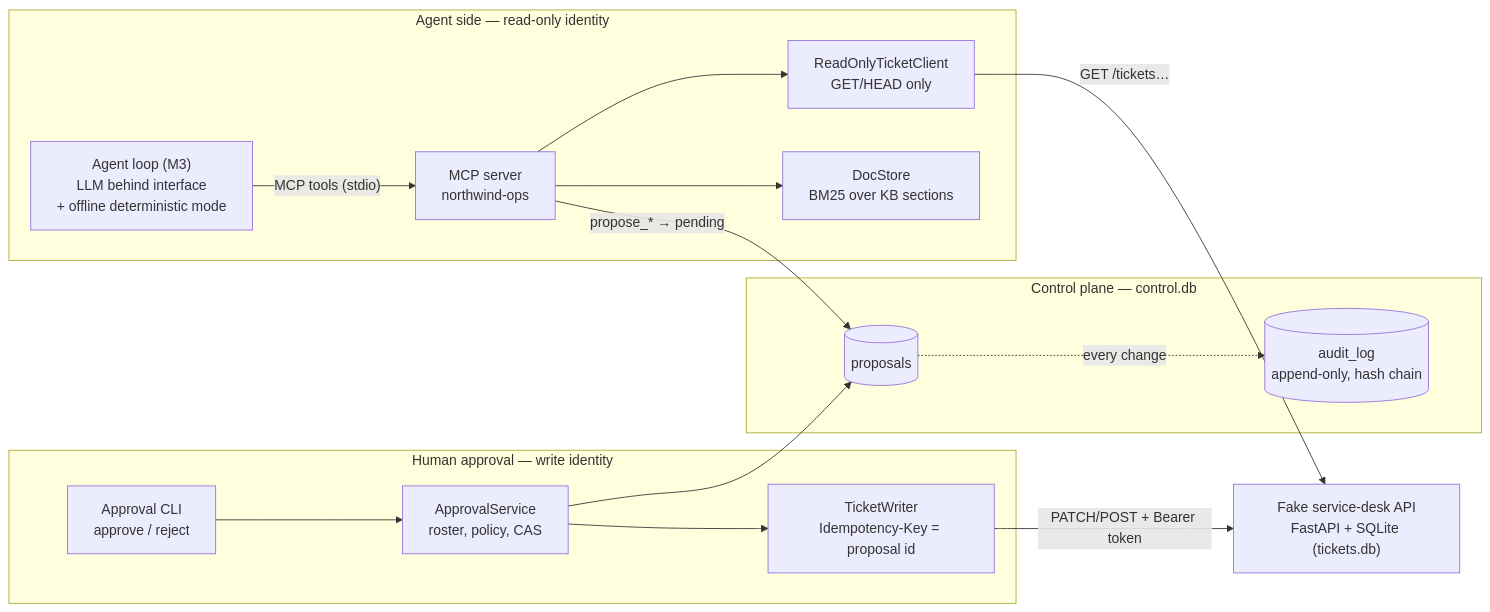
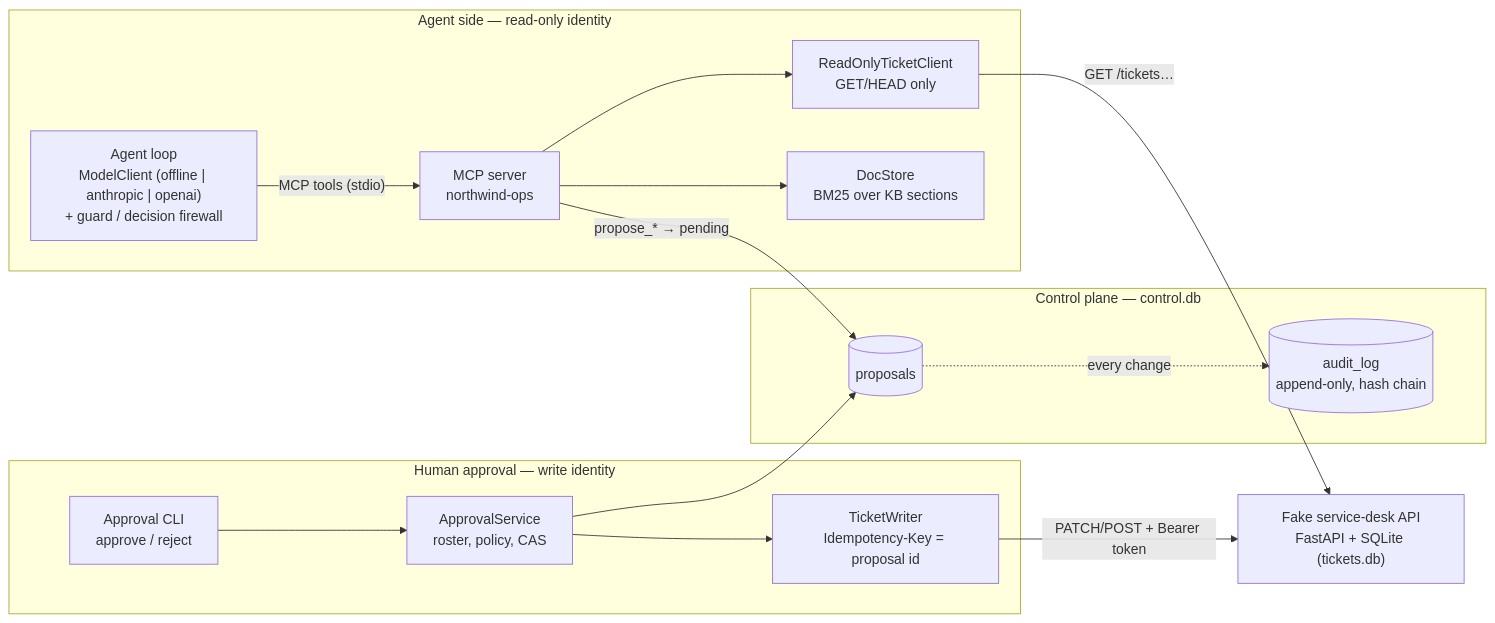
The first of 2 diagrams in docs/03-architecture.md (vinipinheiro42/ops-agent-mcp), drawn with Mermaid before and after one commit. The commit also changed other lines of this file and 14 other files, not shown here.

````diff
--- a/docs/03-architecture.md
+++ b/docs/03-architecture.md
@@ -8,27 +9,27 @@
 ```mermaid
 flowchart LR
   subgraph AgentSide["Agent side — read-only identity"]
-    LLM["Agent loop (M3)<br/>LLM behind interface<br/>+ offline deterministic mode"]
+    LLM["Agent loop<br/>ModelClient (offline | anthropic | openai)<br/>+ guard / decision firewall"]
     MCP["MCP server<br/>northwind-ops"]
     RO["ReadOnlyTicketClient<br/>GET/HEAD only"]
     KB["DocStore<br/>BM25 over KB sections"]
   end
   subgraph Control["Control plane — control.db"]
     PS[("proposals")]
     AL[("audit_log<br/>append-only, hash chain")]
   end
   subgraph HumanSide["Human approval — write identity"]
     CLI["Approval CLI<br/>approve / reject"]
     SVC["ApprovalService<br/>roster, policy, CAS"]
     W["TicketWriter<br/>Idempotency-Key = proposal id"]
   end
   API["Fake service-desk API<br/>FastAPI + SQLite (tickets.db)"]
 
   LLM -- "MCP tools (stdio)" --> MCP
   MCP --> RO -- "GET /tickets…" --> API
   MCP --> KB
   MCP -- "propose_* → pending" --> PS
   PS -. "every change" .-> AL
   CLI --> SVC --> PS
   SVC --> W -- "PATCH/POST + Bearer token" --> API
 ```
````
